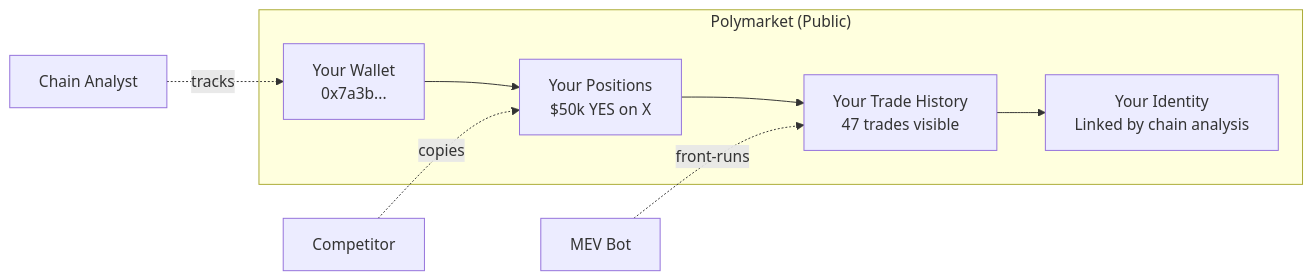
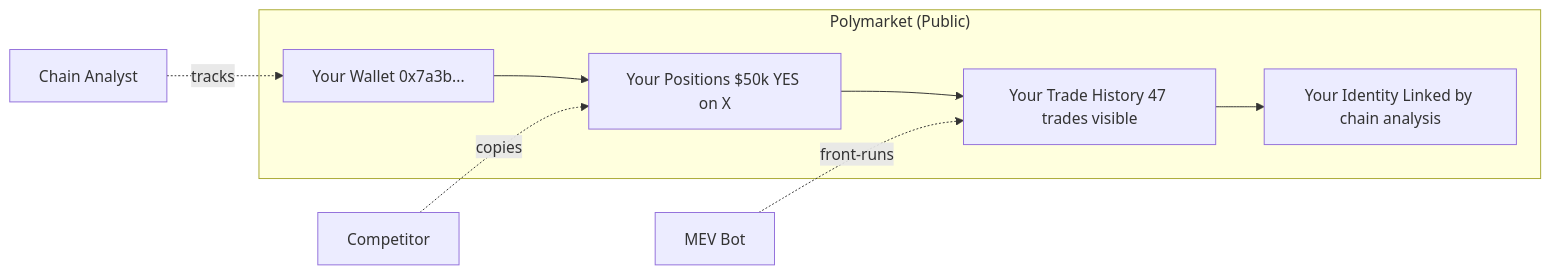
Before and after one commit to bri-anadi/frequencii: the second of 13 diagrams in ARCHITECTURE.md, drawn with Mermaid. The commit also changed other lines of this file and 1 other file, not shown here.

````diff
--- a/ARCHITECTURE.md
+++ b/ARCHITECTURE.md
@@ -97,17 +97,17 @@
 ```mermaid
 flowchart LR
     subgraph Polymarket["Polymarket (Public)"]
-        PW["Your Wallet\n0x7a3b..."]
-        PP["Your Positions\n$50k YES on X"]
-        PT["Your Trade History\n47 trades visible"]
-        PI["Your Identity\nLinked by chain analysis"]
+        PW["Your Wallet 0x7a3b..."]
+        PP["Your Positions $50k YES on X"]
+        PT["Your Trade History 47 trades visible"]
+        PI["Your Identity Linked by chain analysis"]
     end
 
     PW --> PP
     PP --> PT
     PT --> PI
 
     Analyst["Chain Analyst"] -.->|"tracks"| PW
     Competitor["Competitor"] -.->|"copies"| PP
     MEV["MEV Bot"] -.->|"front-runs"| PT
 ```
````
